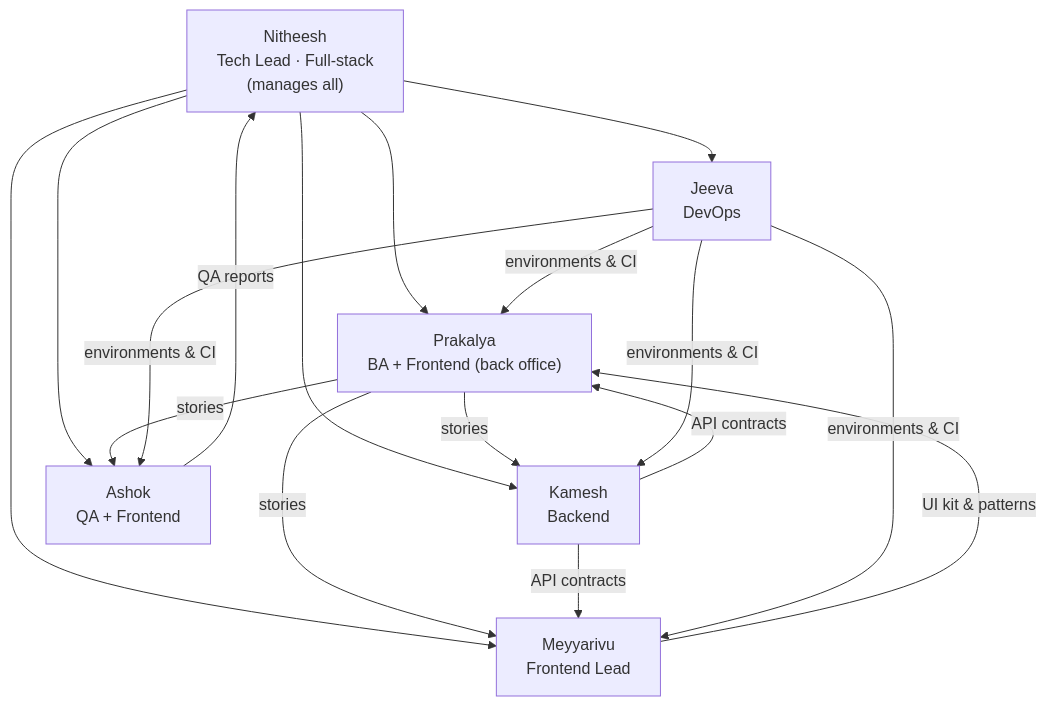
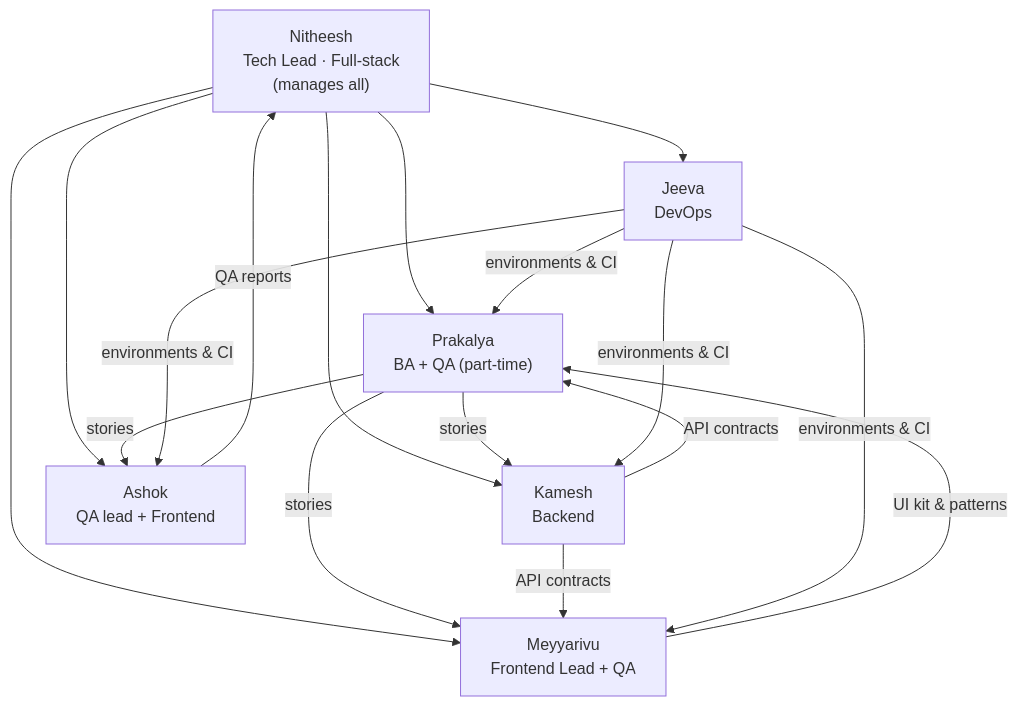
Before and after one commit to Setups-Works/medical-erp: the diagram in docs/team/TEAM_AND_OWNERSHIP.md, drawn with Mermaid. The commit also changed other lines of this file and 41 other files, not shown here.

````diff
--- a/docs/team/TEAM_AND_OWNERSHIP.md
+++ b/docs/team/TEAM_AND_OWNERSHIP.md
@@ -5,15 +12,15 @@
 ```mermaid
 flowchart TB
     N["Nitheesh<br/>Tech Lead · Full-stack<br/>(manages all)"]
-    P["Prakalya<br/>BA + Frontend (back office)"]
+    P["Prakalya<br/>BA + QA (part-time)"]
     K["Kamesh<br/>Backend"]
-    M["Meyyarivu<br/>Frontend Lead"]
-    A["Ashok<br/>QA + Frontend"]
+    M["Meyyarivu<br/>Frontend Lead + QA"]
+    A["Ashok<br/>QA lead + Frontend"]
     J["Jeeva<br/>DevOps"]
     N --> P & K & M & A & J
     P -- stories --> K & M & A
     K -- API contracts --> M & P
     M -- UI kit & patterns --> P
     A -- QA reports --> N
     J -- environments & CI --> K & M & P & A
 ```
````
